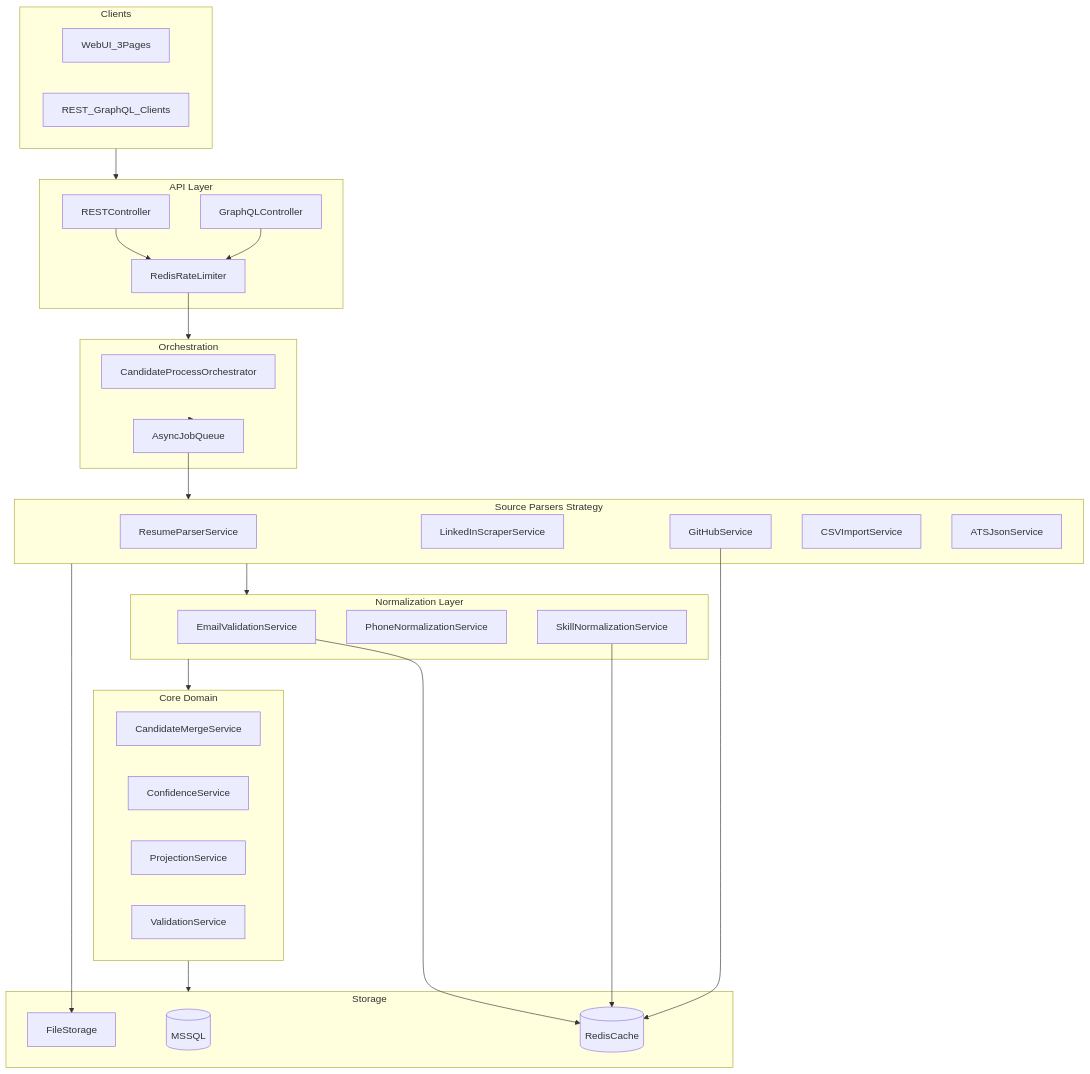
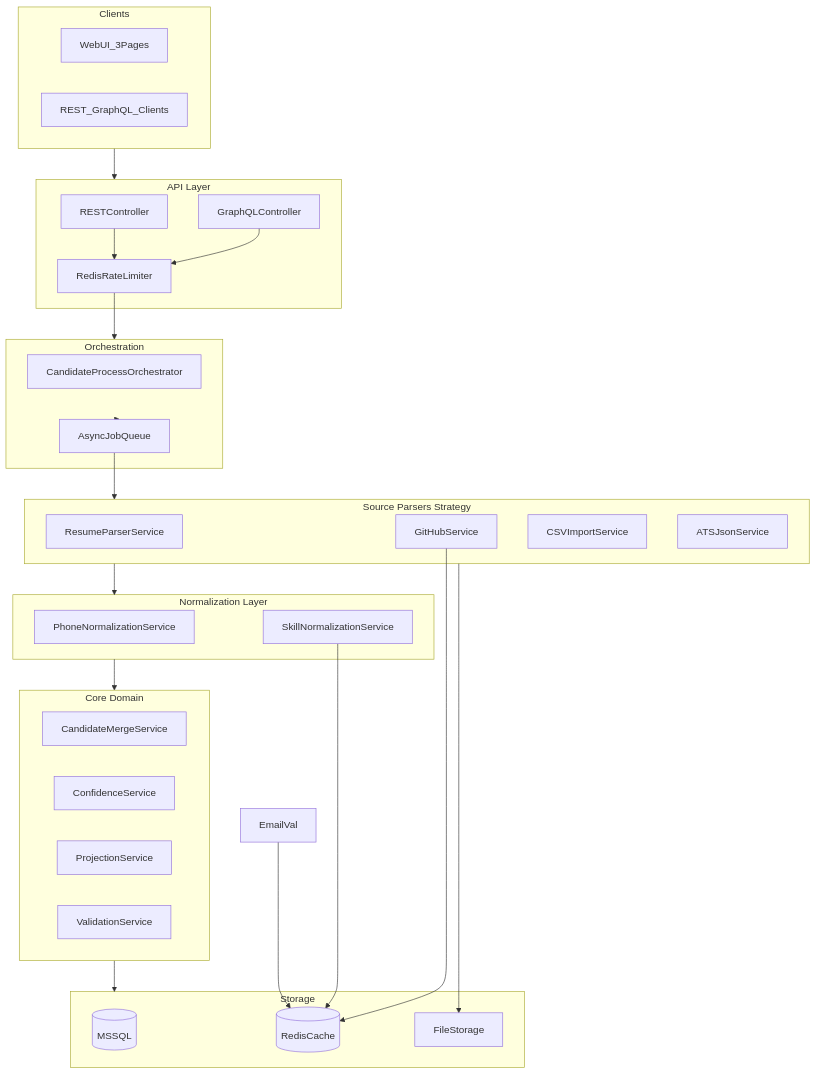
One commit to Tharunraj-U/Multi-source-candidate-data-transformer changed the first of 12 diagrams in docs/CANDIDATE_PROFILE_TRANSFORMATION_SYSTEM.md. Above: the diagram before and after it, drawn with Mermaid. The commit also changed other lines of this file and 37 other files, not shown here.

````diff
--- a/docs/CANDIDATE_PROFILE_TRANSFORMATION_SYSTEM.md
+++ b/docs/CANDIDATE_PROFILE_TRANSFORMATION_SYSTEM.md
@@ -87,59 +87,57 @@
 ```mermaid
 flowchart TB
     subgraph clients [Clients]
         WebUI[WebUI_3Pages]
         APIClients[REST_GraphQL_Clients]
     end
 
     subgraph gateway [API Layer]
         REST[RESTController]
         GQL[GraphQLController]
         RateLimit[RedisRateLimiter]
     end
 
     subgraph orchestration [Orchestration]
         ProcessOrchestrator[CandidateProcessOrchestrator]
         AsyncQueue[AsyncJobQueue]
     end
 
     subgraph parsers [Source Parsers Strategy]
         ResumeParser[ResumeParserService]
-        LinkedInScraper[LinkedInScraperService]
         GitHubService[GitHubService]
         CSVImport[CSVImportService]
         ATSJson[ATSJsonService]
     end
 
     subgraph normalization [Normalization Layer]
-        EmailVal[EmailValidationService]
         PhoneNorm[PhoneNormalizationService]
         SkillNorm[SkillNormalizationService]
     end
 
     subgraph core [Core Domain]
         MergeService[CandidateMergeService]
         ConfidenceService[ConfidenceService]
         ProjectionService[ProjectionService]
         ValidationService[ValidationService]
     end
 
     subgraph storage [Storage]
         MSSQL[(MSSQL)]
         Redis[(RedisCache)]
         FileStore[FileStorage]
     end
 
     clients --> gateway
     REST --> RateLimit
     GQL --> RateLimit
     RateLimit --> orchestration
     orchestration --> AsyncQueue
     AsyncQueue --> parsers
     parsers --> normalization
     normalization --> core
     core --> storage
     parsers --> FileStore
     EmailVal --> Redis
     SkillNorm --> Redis
     GitHubService --> Redis
 ```
````
